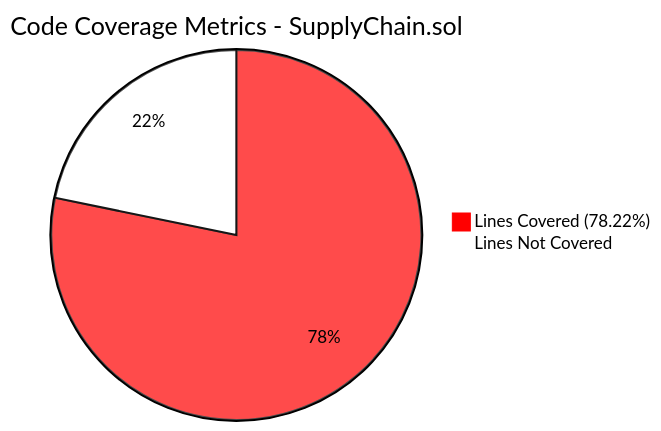
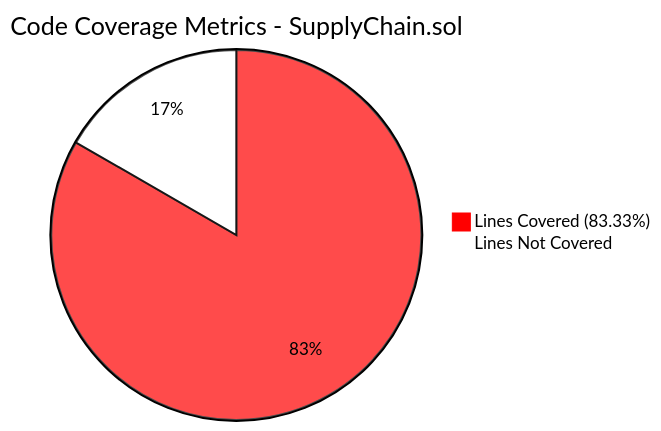
The seventh of 9 diagrams in docs/sc/ARCHITECTURE.md (codecrypto-academy/emujicad), drawn with Mermaid before and after one commit. The commit also changed other lines of this file and 1 other file, not shown here.

````diff
--- a/docs/sc/ARCHITECTURE.md
+++ b/docs/sc/ARCHITECTURE.md
@@ -321,6 +321,6 @@
 ```mermaid
 %%{init: {'theme': 'base', 'themeVariables': { 'primaryColor': '#ff0000', 'primaryTextColor': '#000000', 'primaryBorderColor': '#ff0000', 'lineColor': '#ff0000', 'sectionBkColor': '#ffffff', 'altSectionBkColor': '#ffffff', 'gridColor': '#000000', 'tertiaryColor': '#ffffff', 'background': '#ffffff', 'secondaryColor': '#ffffff', 'tertiaryTextColor': '#000000'}}}%%
 pie title Code Coverage Metrics - SupplyChain.sol
-    "Lines Covered (78.22%)" : 78.22
-    "Lines Not Covered" : 21.78
+    "Lines Covered (83.33%)" : 83.33
+    "Lines Not Covered" : 16.67
 ```
````
